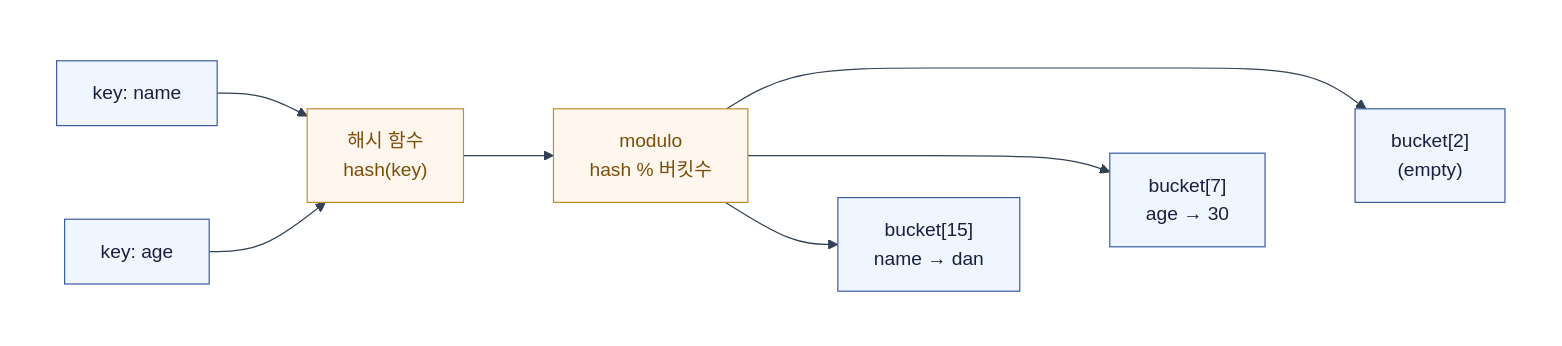
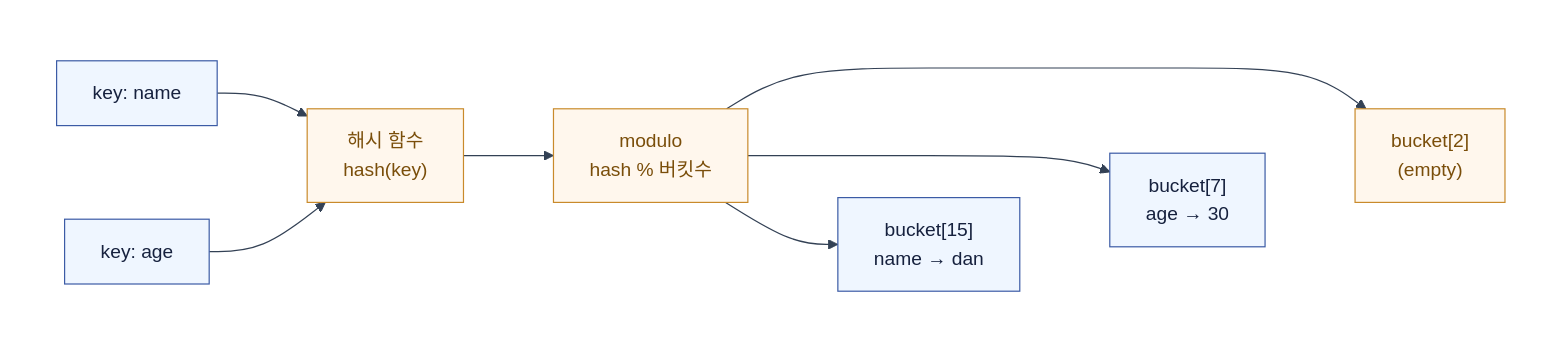
The diagram in computer-science/2607-data-structure.md (Hyune-s-lab/my-ai-study), drawn with Mermaid before and after one commit. The commit also changed other lines of this file and 9 other files, not shown here.

````diff
--- a/computer-science/2607-data-structure.md
+++ b/computer-science/2607-data-structure.md
@@ -174,31 +93,38 @@
 ```mermaid
 ---
 config:
   theme: base
   darkMode: false
+  look: classic
   themeVariables:
     background: "#ffffff"
     primaryColor: "#ffffff"
     primaryTextColor: "#111827"
     primaryBorderColor: "#475569"
     lineColor: "#334155"
     edgeLabelBackground: "#ffffff"
 ---
 flowchart LR
   subgraph canvas[" "]
     direction LR
-    K1["key: name"] --> HF["해시 함수<br/>hash(key)"]
-    K2["key: age"] --> HF
-    HF --> MOD["modulo<br/>hash % 버킷수"]
-    MOD --> B1["bucket[15]<br/>name → dan"]
-    MOD --> B2["bucket[7]<br/>age → 30"]
-    MOD --> B3["bucket[2]<br/>(empty)"]
+    K1["key: name"]:::app
+    K2["key: age"]:::app
+    HF["해시 함수<br/>hash(key)"]:::ctrl
+    MOD["modulo<br/>hash % 버킷수"]:::ctrl
+    B1["bucket[15]<br/>name → dan"]:::app
+    B2["bucket[7]<br/>age → 30"]:::app
+    B3["bucket[2]<br/>(empty)"]:::ctrl
+
+    K1 --> HF
+    K2 --> HF
+    HF --> MOD
+    MOD --> B1
+    MOD --> B2
+    MOD --> B3
     B1 ~~~ B2 ~~~ B3
   end
 
   classDef app fill:#EFF6FF,stroke:#3B5BA5,stroke-width:1px,color:#16213E
   classDef ctrl fill:#FFF7ED,stroke:#C98A2B,stroke-width:1px,color:#7A4E0A
-  class K1,K2,B1,B2,B3 app
-  class HF,MOD ctrl
   style canvas fill:#ffffff,stroke:#ffffff,stroke-width:0px,color:#111827
 ```
````
